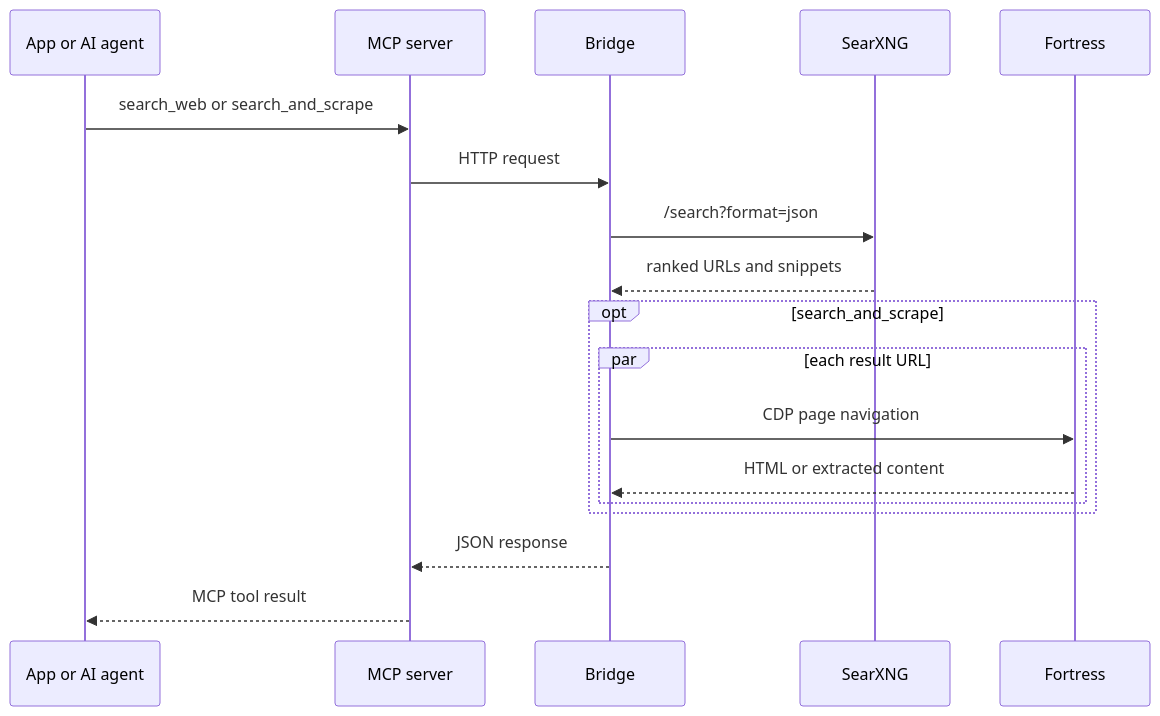
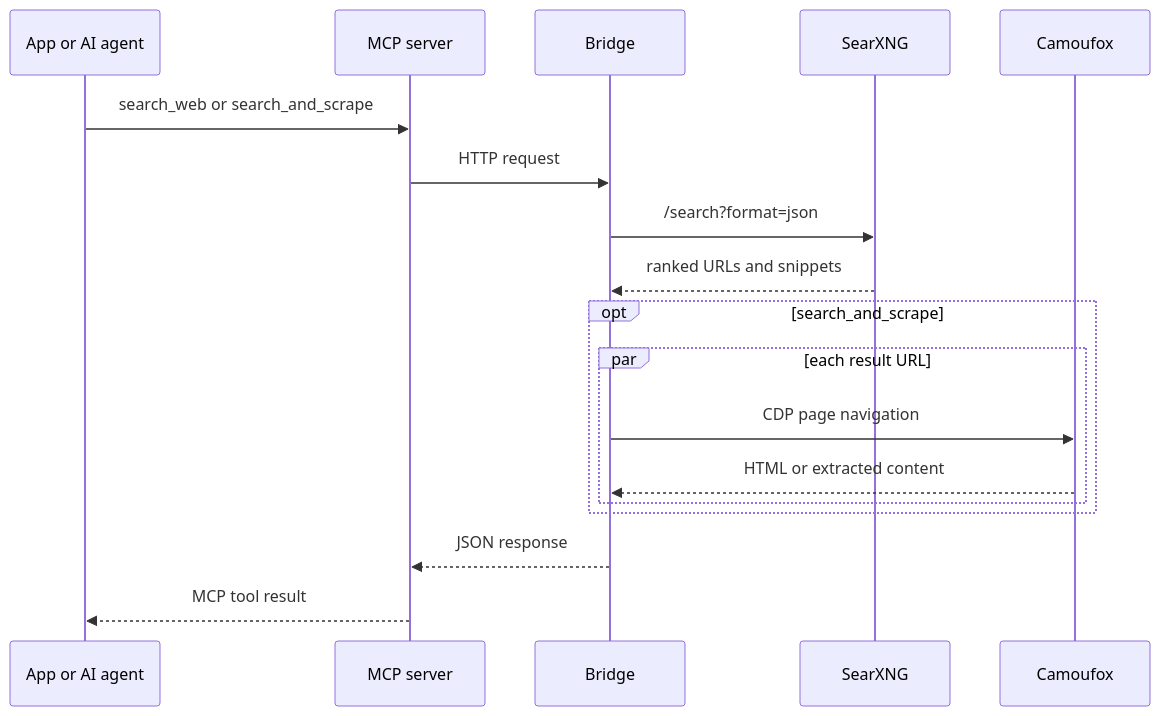
One commit to kiuckhuang/web-scraping changed the second of 2 diagrams in README.md. Above: the diagram before and after it, drawn with Mermaid. The commit also changed other lines of this file and 18 other files, not shown here.

````diff
--- a/README.md
+++ b/README.md
@@ -51,21 +51,21 @@
 ```mermaid
 sequenceDiagram
     participant A as App or AI agent
     participant M as MCP server
     participant B as Bridge
     participant S as SearXNG
-    participant F as Fortress
+    participant F as Camoufox
 
     A->>M: search_web or search_and_scrape
     M->>B: HTTP request
     B->>S: /search?format=json
     S-->>B: ranked URLs and snippets
     opt search_and_scrape
         par each result URL
             B->>F: CDP page navigation
             F-->>B: HTML or extracted content
         end
     end
     B-->>M: JSON response
     M-->>A: MCP tool result
 ```
````
